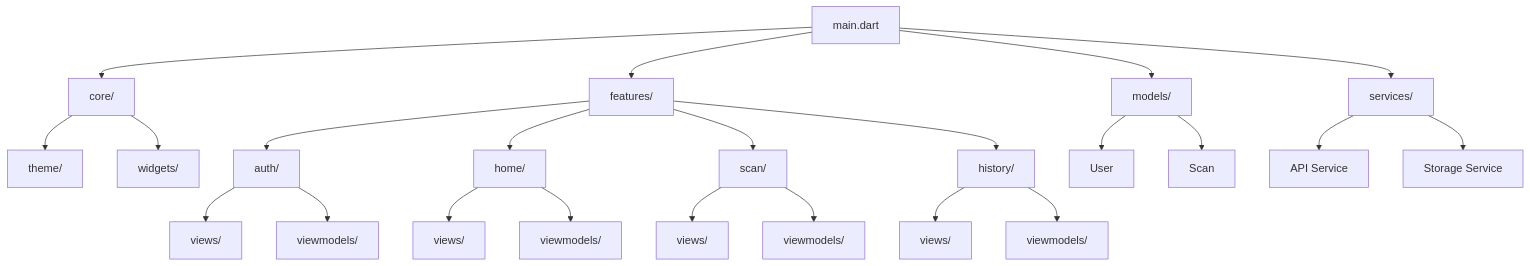
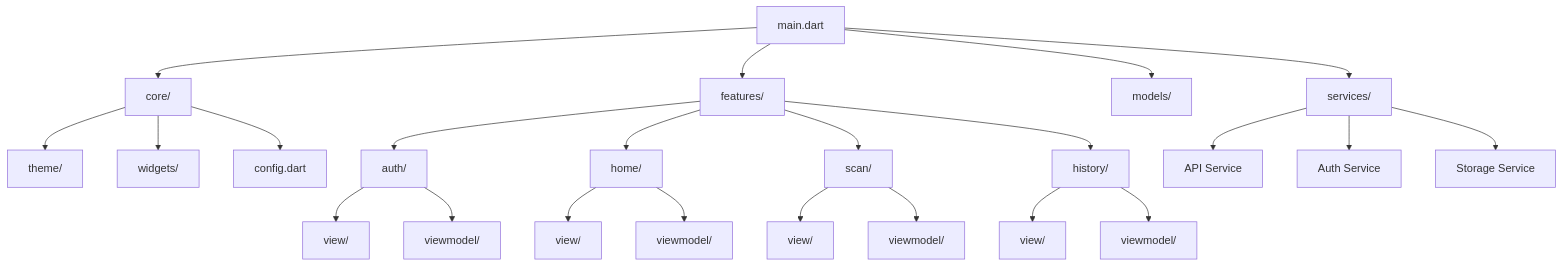
The first of 2 diagrams in README.md (AbhiramVSA/intellipost), drawn with Mermaid before and after one commit. The commit also changed other lines of this file, not shown here.

````diff
--- a/README.md
+++ b/README.md
@@ -27,30 +21,29 @@
 ```mermaid
 graph TD
     A[main.dart] --> B[core/]
     A --> C[features/]
     A --> D[models/]
     A --> E[services/]
 
     B --> B1[theme/]
     B --> B2[widgets/]
+    B --> B3[config.dart]
 
     C --> C1[auth/]
     C --> C2[home/]
     C --> C3[scan/]
     C --> C4[history/]
 
-    C1 --> V1[views/]
-    C1 --> VM1[viewmodels/]
-    C2 --> V2[views/]
-    C2 --> VM2[viewmodels/]
-    C3 --> V3[views/]
-    C3 --> VM3[viewmodels/]
-    C4 --> V4[views/]
-    C4 --> VM4[viewmodels/]
-
-    D --> D1[User]
-    D --> D2[Scan]
+    C1 --> V1[view/]
+    C1 --> VM1[viewmodel/]
+    C2 --> V2[view/]
+    C2 --> VM2[viewmodel/]
+    C3 --> V3[view/]
+    C3 --> VM3[viewmodel/]
+    C4 --> V4[view/]
+    C4 --> VM4[viewmodel/]
 
     E --> E1[API Service]
-    E --> E2[Storage Service]
+    E --> E2[Auth Service]
+    E --> E3[Storage Service]
 ```
````
